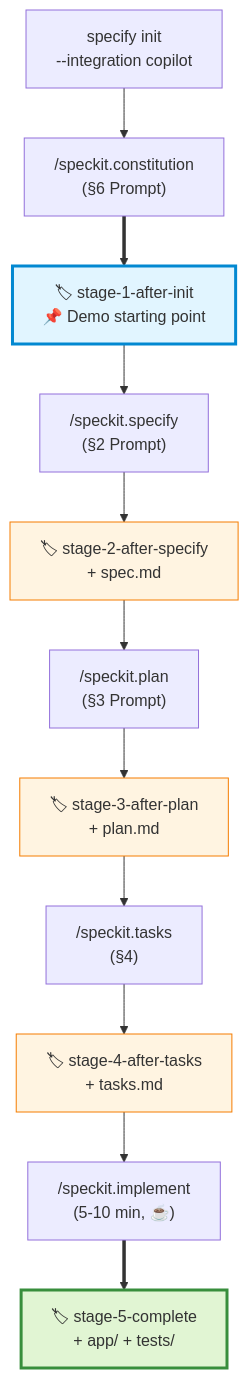
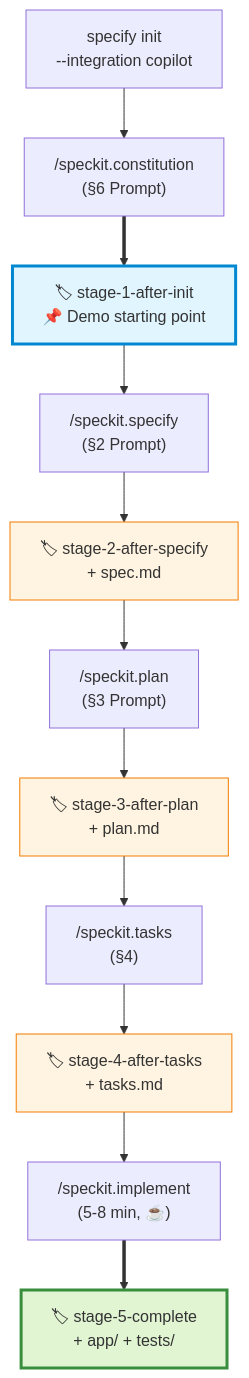
The diagram in 03-setup-checklist.md (jeffrey-groneberg/sdd_demo), drawn with Mermaid before and after one commit. The commit also changed other lines of this file and 22 other files, not shown here.

````diff
--- a/03-setup-checklist.md
+++ b/03-setup-checklist.md
@@ -39,19 +41,19 @@
 ```mermaid
 flowchart TB
     Init["specify init<br/>--integration copilot"] --> Const["/speckit.constitution<br/>(§6 Prompt)"]
     Const ==> Tag1["🏷 stage-1-after-init<br/>📌 Demo starting point"]
     Tag1 --> Spec["/speckit.specify<br/>(§2 Prompt)"]
     Spec --> Tag2["🏷 stage-2-after-specify<br/>+ spec.md"]
     Tag2 --> Plan["/speckit.plan<br/>(§3 Prompt)"]
     Plan --> Tag3["🏷 stage-3-after-plan<br/>+ plan.md"]
     Tag3 --> Tasks["/speckit.tasks<br/>(§4)"]
     Tasks --> Tag4["🏷 stage-4-after-tasks<br/>+ tasks.md"]
-    Tag4 --> Impl["/speckit.implement<br/>(5-10 min, ☕)"]
+    Tag4 --> Impl["/speckit.implement<br/>(5-8 min, ☕)"]
     Impl ==> Tag5["🏷 stage-5-complete<br/>+ app/ + tests/"]
 
     style Tag1 fill:#e1f5ff,stroke:#0288d1,stroke-width:3px
     style Tag2 fill:#fff4e1,stroke:#f57c00
     style Tag3 fill:#fff4e1,stroke:#f57c00
     style Tag4 fill:#fff4e1,stroke:#f57c00
     style Tag5 fill:#e1f5d3,stroke:#388e3c,stroke-width:3px
 ```
````
